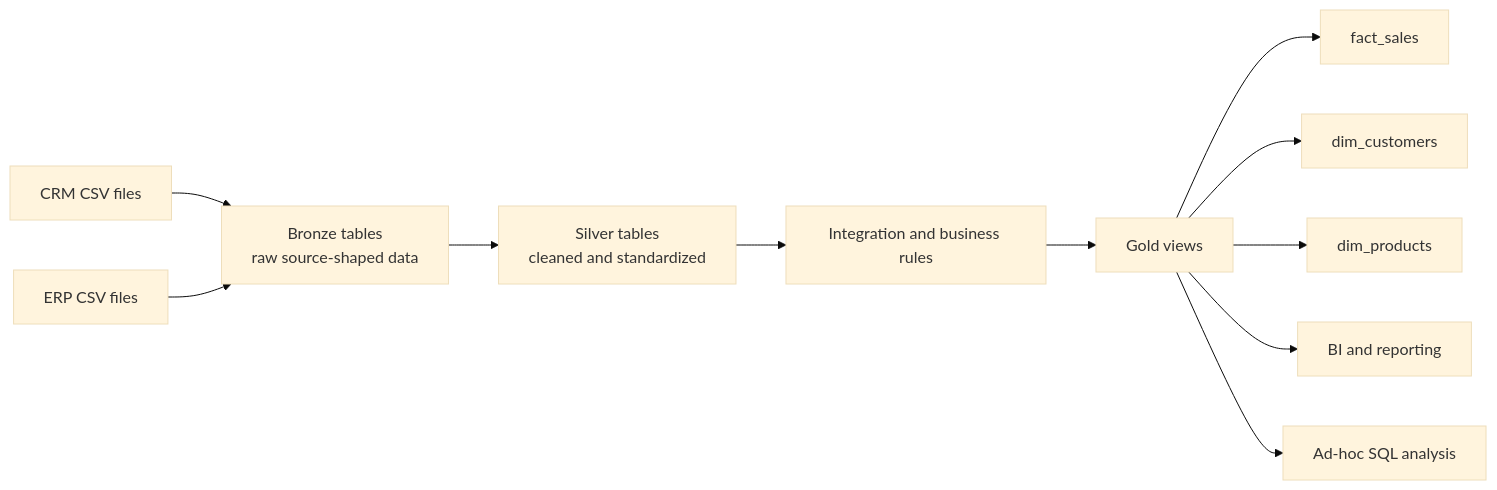
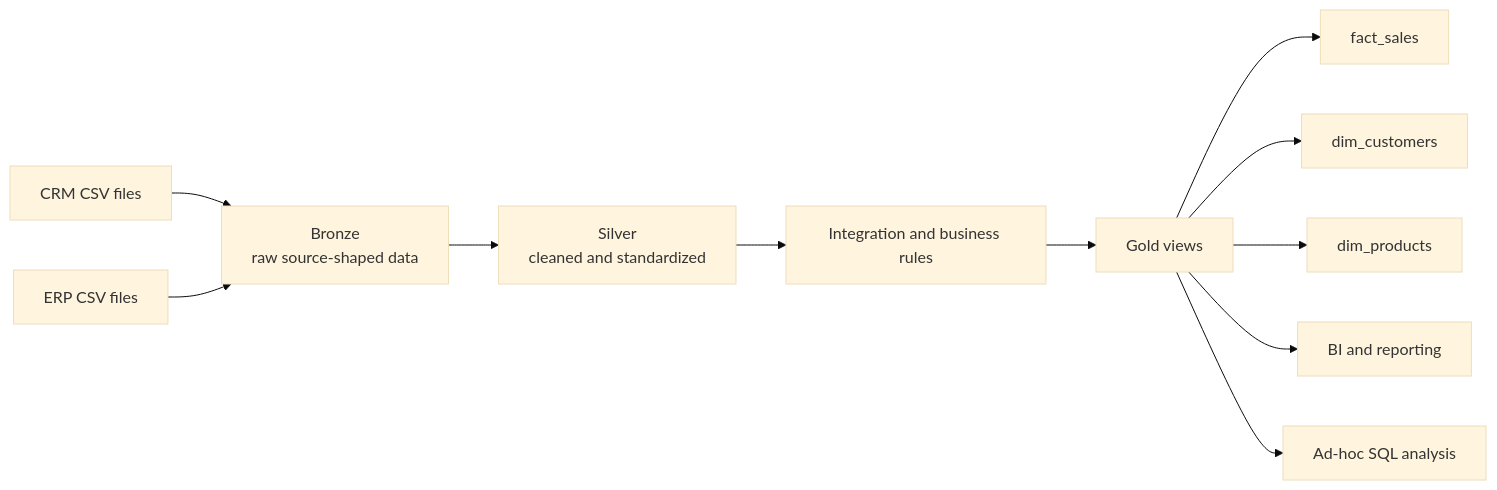
The diagram in README.md (ahmedaliy01/Data-Warehouse-project), drawn with Mermaid (base theme) before and after one commit. The commit also changed other lines of this file, not shown here.

````diff
--- a/README.md
+++ b/README.md
@@ -17,13 +44,13 @@
 ```mermaid
 flowchart LR
-  CRM[CRM CSV files] --> B[Bronze tables\nraw source-shaped data]
+  CRM[CRM CSV files] --> B[Bronze<br/>raw source-shaped data]
   ERP[ERP CSV files] --> B
-  B --> S[Silver tables\ncleaned and standardized]
+  B --> S[Silver<br/>cleaned and standardized]
   S --> I[Integration and business rules]
   I --> G[Gold views]
   G --> F[fact_sales]
   G --> DC[dim_customers]
   G --> DP[dim_products]
   G --> BI[BI and reporting]
   G --> SQL[Ad-hoc SQL analysis]
 ```
````
